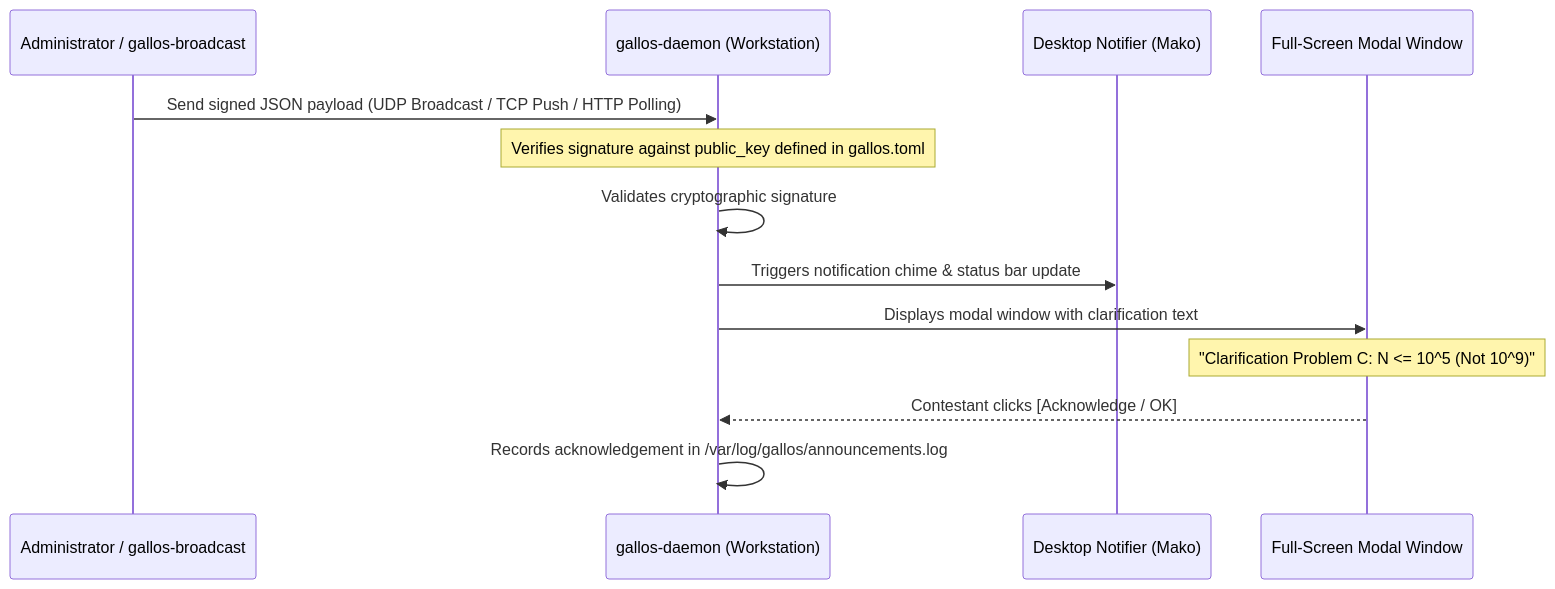
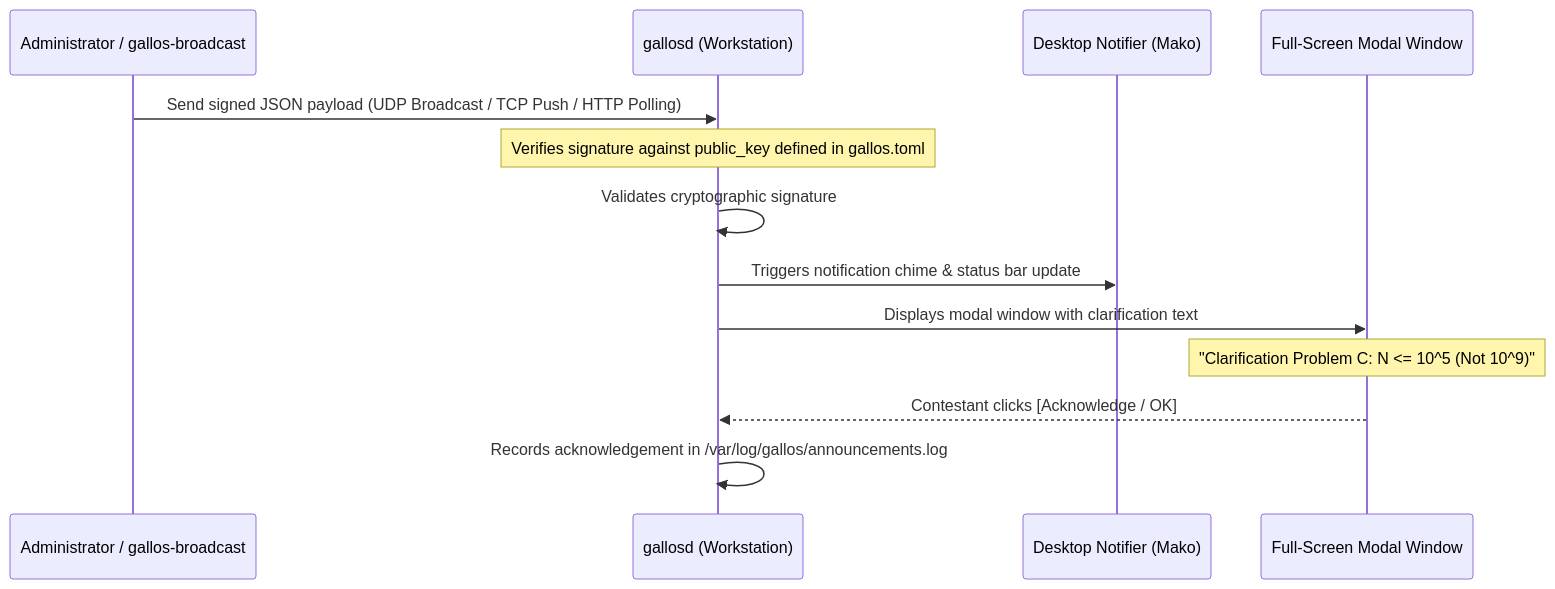
The fourth of 4 diagrams in docs/ARCHITECTURE.md (CPC-GALLOS/GallosOS), drawn with Mermaid before and after one commit. The commit also changed other lines of this file and 25 other files, not shown here.

````diff
--- a/docs/ARCHITECTURE.md
+++ b/docs/ARCHITECTURE.md
@@ -723,16 +723,16 @@
 ```mermaid
 sequenceDiagram
     participant Organizer as Administrator / gallos-broadcast
-    participant Daemon as gallos-daemon (Workstation)
+    participant Daemon as gallosd (Workstation)
     participant Panel as Desktop Notifier (Mako)
     participant UI as Full-Screen Modal Window
 
     Organizer->>Daemon: Send signed JSON payload (UDP Broadcast / TCP Push / HTTP Polling)
     Note over Daemon: Verifies signature against public_key defined in gallos.toml
     Daemon->>Daemon: Validates cryptographic signature
     Daemon->>Panel: Triggers notification chime & status bar update
     Daemon->>UI: Displays modal window with clarification text
     Note over UI: "Clarification Problem C: N <= 10^5 (Not 10^9)"
     UI-->>Daemon: Contestant clicks [Acknowledge / OK]
     Daemon->>Daemon: Records acknowledgement in /var/log/gallos/announcements.log
 ```
````
